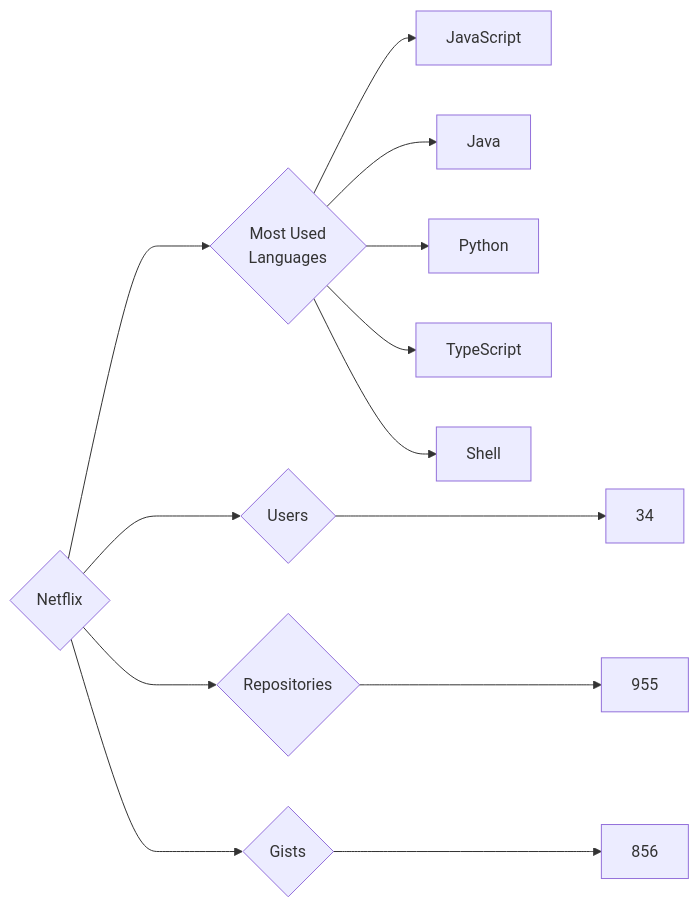
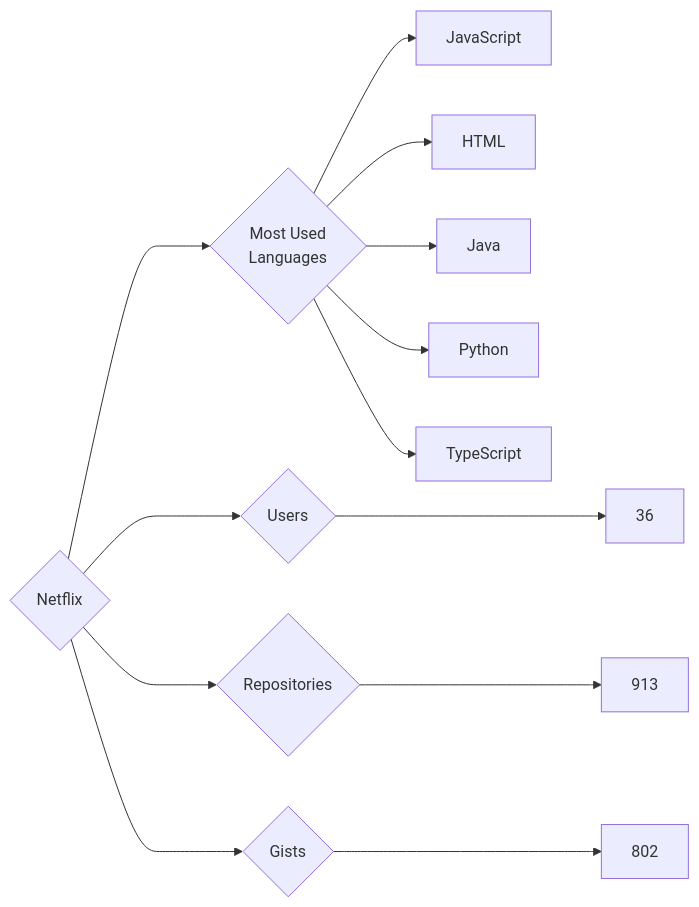
One commit to trickest/insiders changed the diagram in targets/Netflix/README.md. Above: the diagram before and after it, drawn with Mermaid. The commit also changed 965 other files, not shown here.

````diff
--- a/targets/Netflix/README.md
+++ b/targets/Netflix/README.md
@@ -3,13 +3,13 @@
 ```mermaid
 graph LR
 COMPANY_NAME{Netflix}
-COMPANY_NAME ---> U{Users} ---> UN[34]
-COMPANY_NAME ---> R{Repositories} ---> RN[955]
-COMPANY_NAME ---> G{Gists} ---> GN[856]
+COMPANY_NAME ---> U{Users} ---> UN[36]
+COMPANY_NAME ---> R{Repositories} ---> RN[913]
+COMPANY_NAME ---> G{Gists} ---> GN[802]
 COMPANY_NAME ---> ML{Most Used<br>Languages}
 ML --> JavaScript[JavaScript]
+ML --> HTML[HTML]
 ML --> Java[Java]
 ML --> Python[Python]
 ML --> TypeScript[TypeScript]
-ML --> Shell[Shell]
 ```
````
